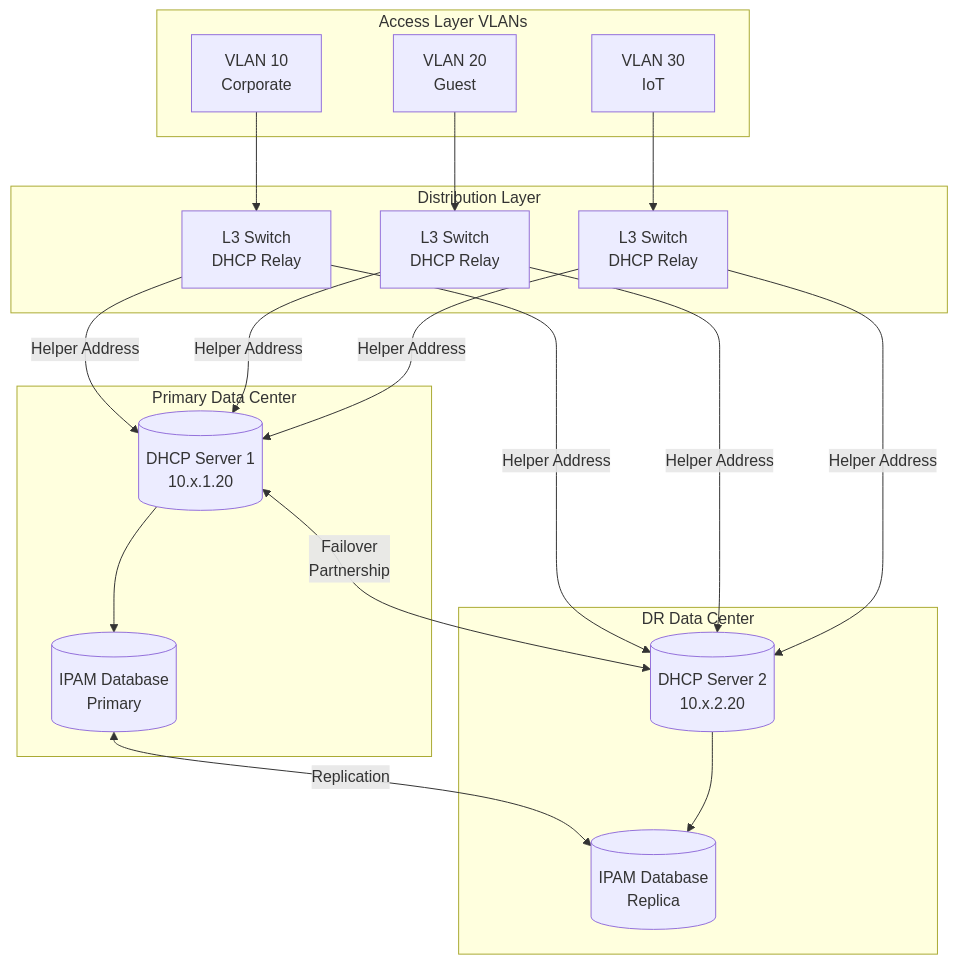
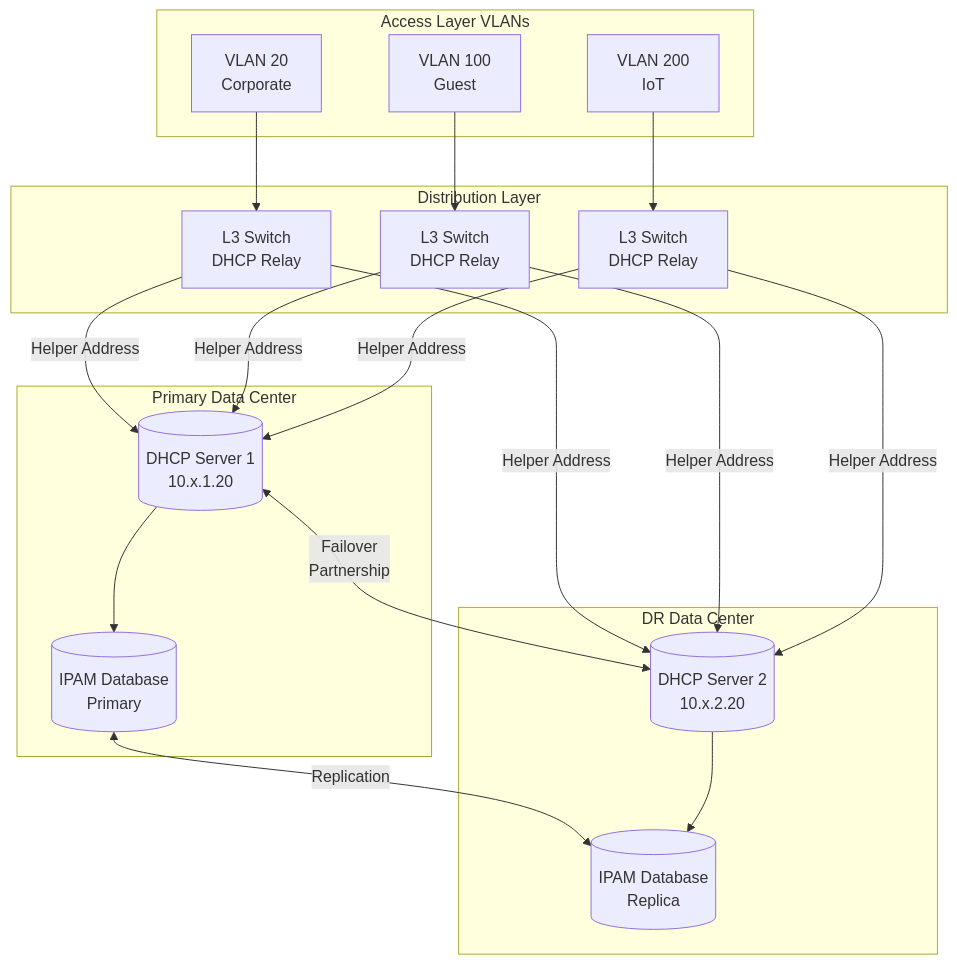
The first of 8 diagrams in docs/services/dhcp-standards.md (NewOrleansITI/networkstandards), drawn with Mermaid before and after one commit. The commit also changed other lines of this file and 9 other files, not shown here.

````diff
--- a/docs/services/dhcp-standards.md
+++ b/docs/services/dhcp-standards.md
@@ -38,41 +38,41 @@
 ```mermaid
 graph TB
     subgraph Primary["Primary Data Center"]
         DHCP1[("DHCP Server 1<br/>10.x.1.20")]
         IPAM1[("IPAM Database<br/>Primary")]
     end
 
     subgraph Secondary["DR Data Center"]
         DHCP2[("DHCP Server 2<br/>10.x.2.20")]
         IPAM2[("IPAM Database<br/>Replica")]
     end
 
     subgraph Distribution["Distribution Layer"]
         RELAY1[L3 Switch<br/>DHCP Relay]
         RELAY2[L3 Switch<br/>DHCP Relay]
         RELAY3[L3 Switch<br/>DHCP Relay]
     end
 
     subgraph Access["Access Layer VLANs"]
-        VLAN10[VLAN 10<br/>Corporate]
-        VLAN20[VLAN 20<br/>Guest]
-        VLAN30[VLAN 30<br/>IoT]
+        VLAN20[VLAN 20<br/>Corporate]
+        VLAN100[VLAN 100<br/>Guest]
+        VLAN200[VLAN 200<br/>IoT]
     end
 
     DHCP1 <--> |"Failover<br/>Partnership"| DHCP2
     IPAM1 <--> |"Replication"| IPAM2
 
     DHCP1 --> IPAM1
     DHCP2 --> IPAM2
 
     RELAY1 --> |"Helper Address"| DHCP1
     RELAY1 --> |"Helper Address"| DHCP2
     RELAY2 --> |"Helper Address"| DHCP1
     RELAY2 --> |"Helper Address"| DHCP2
     RELAY3 --> |"Helper Address"| DHCP1
     RELAY3 --> |"Helper Address"| DHCP2
 
-    VLAN10 --> RELAY1
-    VLAN20 --> RELAY2
-    VLAN30 --> RELAY3
+    VLAN20 --> RELAY1
+    VLAN100 --> RELAY2
+    VLAN200 --> RELAY3
 ```
````
